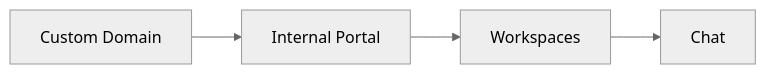
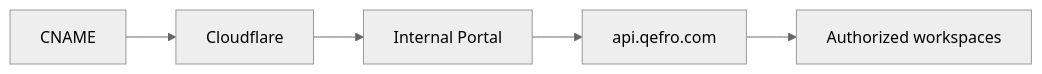
One commit to qefro-ai/qefro-documentation changed the diagram in docs/platform/internal-portal.mdx. Above: the diagram before and after it, drawn with Mermaid (neutral theme). The commit also changed other lines of this file and 46 other files, not shown here.

````diff
--- a/docs/platform/internal-portal.mdx
+++ b/docs/platform/internal-portal.mdx
@@ -37,6 +39,7 @@
 ```mermaid
 flowchart LR
-  DNS[Custom Domain] --> Portal
-  Portal[Internal Portal] --> Workspaces
-  Workspaces --> Chat
+  DNS[CNAME] --> Edge[Cloudflare]
+  Edge --> Portal[Internal Portal]
+  Portal --> API[api.qefro.com]
+  API --> WS[Authorized workspaces]
 ```
````
